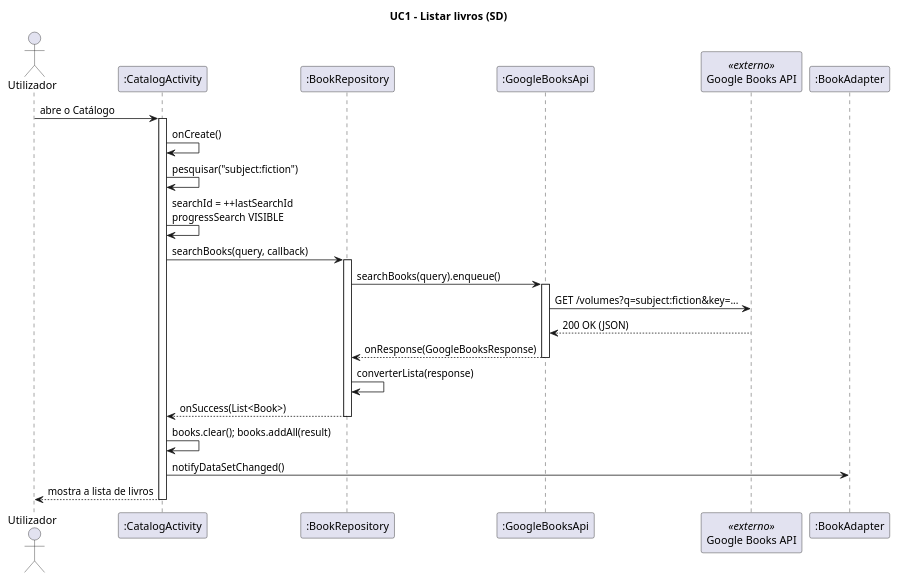
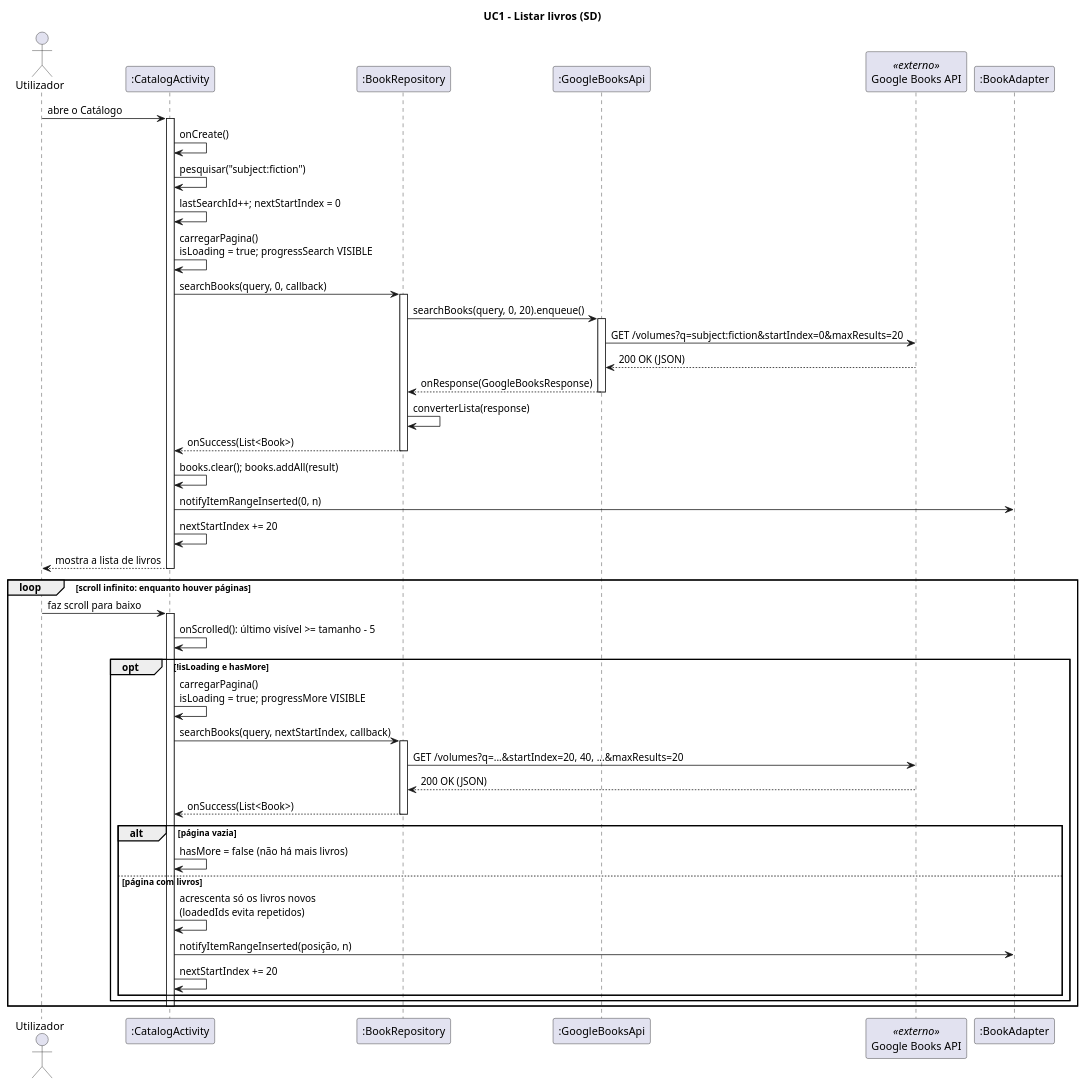
The diagram in app/docs/UCs/UC1-SD.puml (Diogo-29/DSSMV_ProjectDroid_1240632_1240857), drawn with PlantUML before and after one commit. The commit also changed 10 other files, not shown here.

```diff
--- a/app/docs/UCs/UC1-SD.puml
+++ b/app/docs/UCs/UC1-SD.puml
@@ -1,32 +1,57 @@
 @startuml
 title UC1 - Listar livros (SD)
 skinparam sequenceMessageAlign left
 
 actor "Utilizador" as U
 participant ":CatalogActivity" as A
 participant ":BookRepository" as R
 participant ":GoogleBooksApi" as API
 participant "Google Books API" as GB <<externo>>
 participant ":BookAdapter" as AD
 
 U -> A: abre o Catálogo
 activate A
 A -> A: onCreate()
 A -> A: pesquisar("subject:fiction")
-A -> A: searchId = ++lastSearchId\nprogressSearch VISIBLE
-A -> R: searchBooks(query, callback)
+A -> A: lastSearchId++; nextStartIndex = 0
+A -> A: carregarPagina()\nisLoading = true; progressSearch VISIBLE
+A -> R: searchBooks(query, 0, callback)
 activate R
-R -> API: searchBooks(query).enqueue()
+R -> API: searchBooks(query, 0, 20).enqueue()
 activate API
-API -> GB: GET /volumes?q=subject:fiction&key=...
+API -> GB: GET /volumes?q=subject:fiction&startIndex=0&maxResults=20
 GB --> API: 200 OK (JSON)
 API --> R: onResponse(GoogleBooksResponse)
 deactivate API
 R -> R: converterLista(response)
 R --> A: onSuccess(List<Book>)
 deactivate R
 A -> A: books.clear(); books.addAll(result)
-A -> AD: notifyDataSetChanged()
+A -> AD: notifyItemRangeInserted(0, n)
+A -> A: nextStartIndex += 20
 A --> U: mostra a lista de livros
 deactivate A
+
+loop scroll infinito: enquanto houver páginas
+  U -> A: faz scroll para baixo
+  activate A
+  A -> A: onScrolled(): último visível >= tamanho - 5
+  opt !isLoading e hasMore
+    A -> A: carregarPagina()\nisLoading = true; progressMore VISIBLE
+    A -> R: searchBooks(query, nextStartIndex, callback)
+    activate R
+    R -> GB: GET /volumes?q=...&startIndex=20, 40, ...&maxResults=20
+    GB --> R: 200 OK (JSON)
+    R --> A: onSuccess(List<Book>)
+    deactivate R
+    alt página vazia
+      A -> A: hasMore = false (não há mais livros)
+    else página com livros
+      A -> A: acrescenta só os livros novos\n(loadedIds evita repetidos)
+      A -> AD: notifyItemRangeInserted(posição, n)
+      A -> A: nextStartIndex += 20
+    end
+  end
+  deactivate A
+end
 @enduml
```
